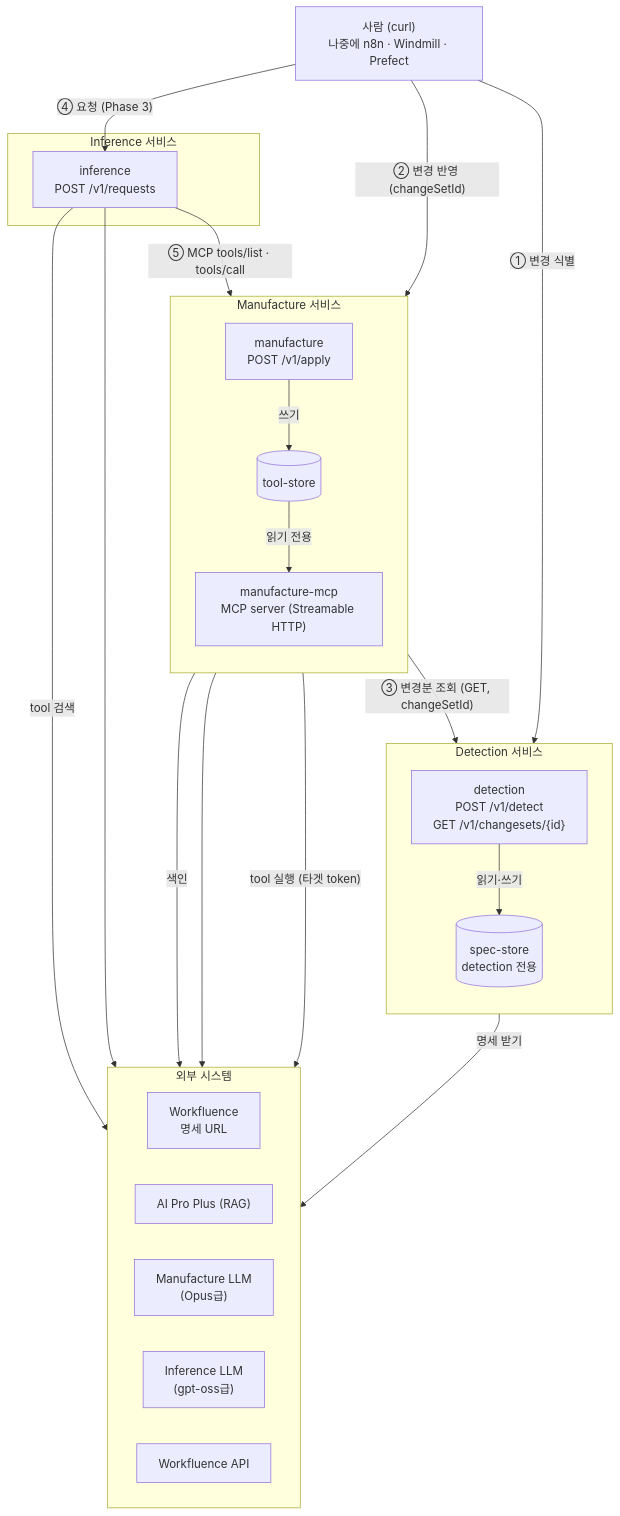
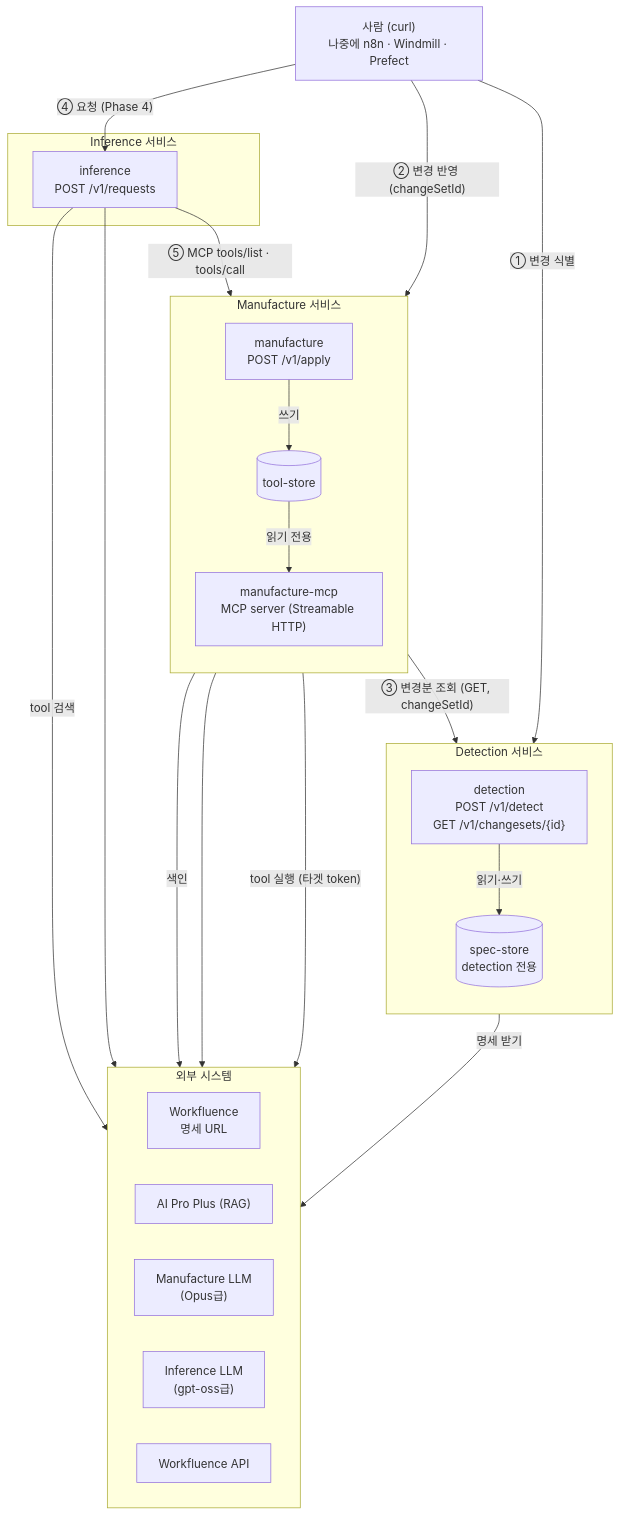
One commit to tanminkwan/agent4workfluence changed the first of 4 diagrams in docs/시스템아키텍처.md. Above: the diagram before and after it, drawn with Mermaid. The commit also changed other lines of this file and 2 other files, not shown here.

Commit message:
docs: Manufacture phase 분할(Phase 2·3), proxy 환경 반영

````diff
--- a/docs/시스템아키텍처.md
+++ b/docs/시스템아키텍처.md
@@ -25,47 +25,47 @@
 ```mermaid
 flowchart TB
     caller["사람 (curl)<br/>나중에 n8n · Windmill · Prefect"]
 
     subgraph DET["Detection 서비스"]
         direction TB
         detection["detection<br/>POST /v1/detect<br/>GET /v1/changesets/{id}"]
         specstore[("spec-store<br/>detection 전용")]
         detection -- "읽기·쓰기" --> specstore
     end
 
     subgraph MAN["Manufacture 서비스"]
         direction TB
         manufacture["manufacture<br/>POST /v1/apply"]
         toolstore[("tool-store")]
         mcp["manufacture-mcp<br/>MCP server (Streamable HTTP)"]
         manufacture -- "쓰기" --> toolstore
         toolstore -- "읽기 전용" --> mcp
     end
 
     subgraph INF["Inference 서비스"]
         inference["inference<br/>POST /v1/requests"]
     end
 
     subgraph EXT["외부 시스템"]
         direction LR
         wfspec["Workfluence<br/>명세 URL"]
         rag["AI Pro Plus (RAG)"]
         opus["Manufacture LLM<br/>(Opus급)"]
         oss["Inference LLM<br/>(gpt-oss급)"]
         wfapi["Workfluence API"]
     end
 
     caller -- "① 변경 식별" --> detection
     caller -- "② 변경 반영 (changeSetId)" --> manufacture
-    caller -- "④ 요청 (Phase 3)" --> inference
+    caller -- "④ 요청 (Phase 4)" --> inference
 
     manufacture -- "③ 변경분 조회 (GET, changeSetId)" --> detection
     inference -- "⑤ MCP tools/list · tools/call" --> mcp
 
     detection -- "명세 받기" --> wfspec
     manufacture -- "색인" --> rag
     manufacture --> opus
     inference -- "tool 검색" --> rag
     inference --> oss
     mcp -- "tool 실행 (타겟 token)" --> wfapi
 ```
````
